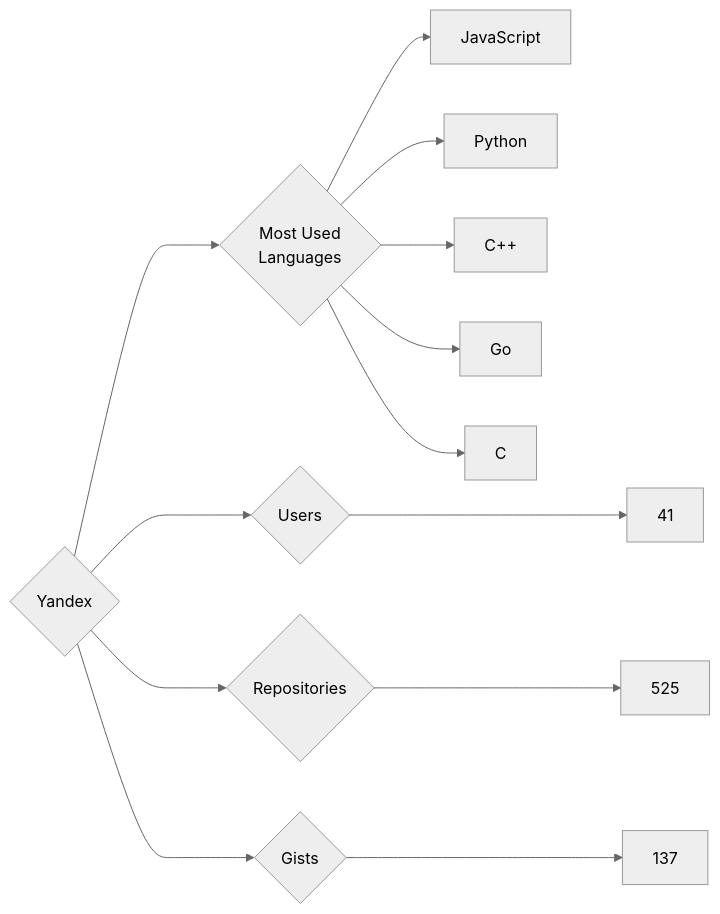
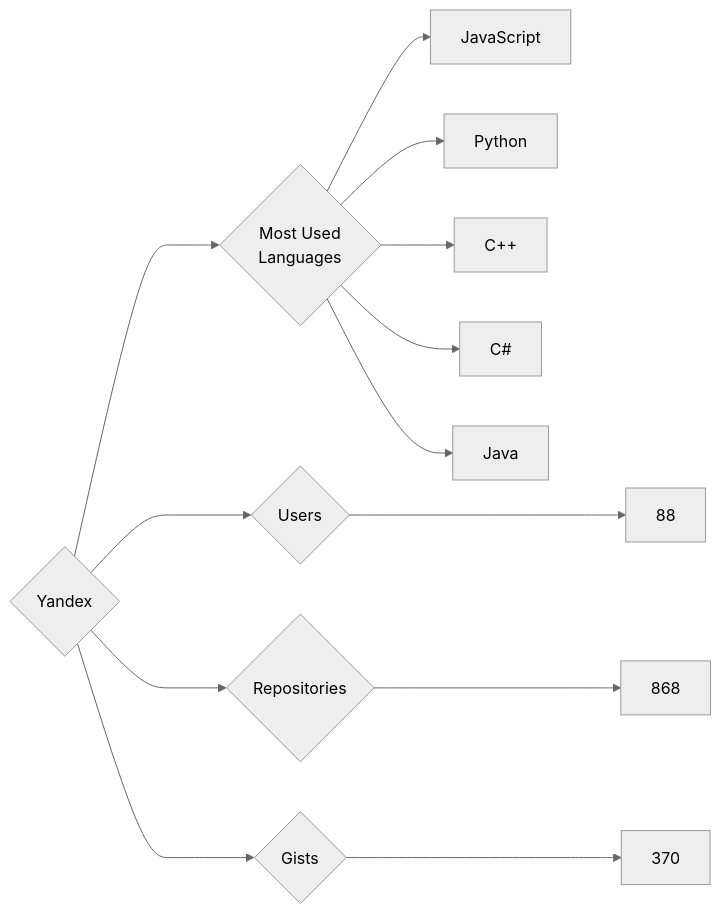
One commit to trickest/insiders changed the diagram in targets/Yandex/README.md. Above: the diagram before and after it, drawn with Mermaid (neutral theme). The commit also changed 835 other files, not shown here.

````diff
--- a/targets/Yandex/README.md
+++ b/targets/Yandex/README.md
@@ -3,13 +3,13 @@
 ```mermaid
 graph LR
 COMPANY_NAME{Yandex}
-COMPANY_NAME ---> U{Users} ---> UN[41]
-COMPANY_NAME ---> R{Repositories} ---> RN[525]
-COMPANY_NAME ---> G{Gists} ---> GN[137]
+COMPANY_NAME ---> U{Users} ---> UN[88]
+COMPANY_NAME ---> R{Repositories} ---> RN[868]
+COMPANY_NAME ---> G{Gists} ---> GN[370]
 COMPANY_NAME ---> ML{Most Used<br>Languages}
 ML --> JavaScript[JavaScript]
 ML --> Python[Python]
 ML --> C++[C++]
-ML --> Go[Go]
-ML --> C[C]
+ML --> C#[C#]
+ML --> Java[Java]
 ```
````
